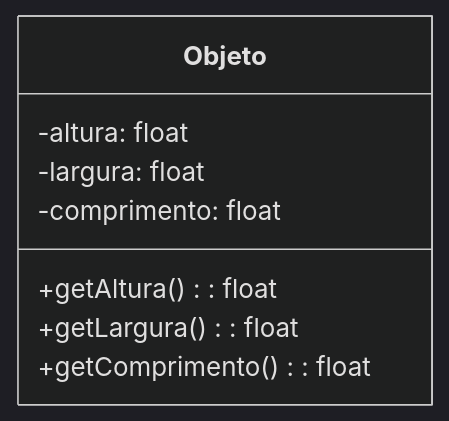
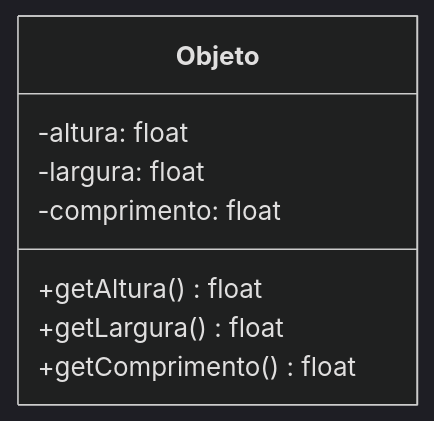
One commit to henryzord/softwareEngineering changed the second of 7 diagrams in capitulos/UML.md. Above: the diagram before and after it, drawn with Mermaid (dark theme). The commit also changed other lines of this file, not shown here.

Commit message:
Fix method signatures in UML diagram

````diff
--- a/capitulos/UML.md
+++ b/capitulos/UML.md
@@ -93,11 +93,11 @@
 ```mermaid
 classDiagram    
     class Objeto {
         -altura: float
         -largura: float
         -comprimento: float
-        +getAltura(): float
-        +getLargura(): float
-        +getComprimento(): float
+        +getAltura() float
+        +getLargura() float
+        +getComprimento() float
     }
 ```
````
